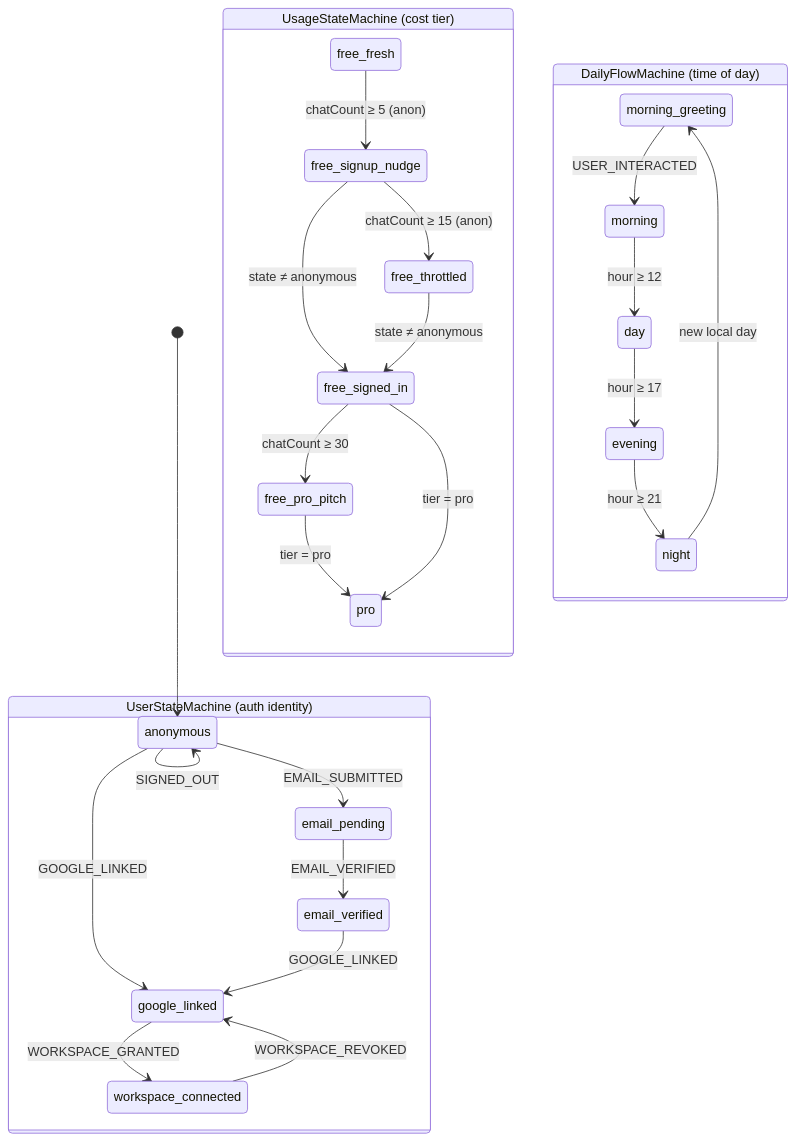
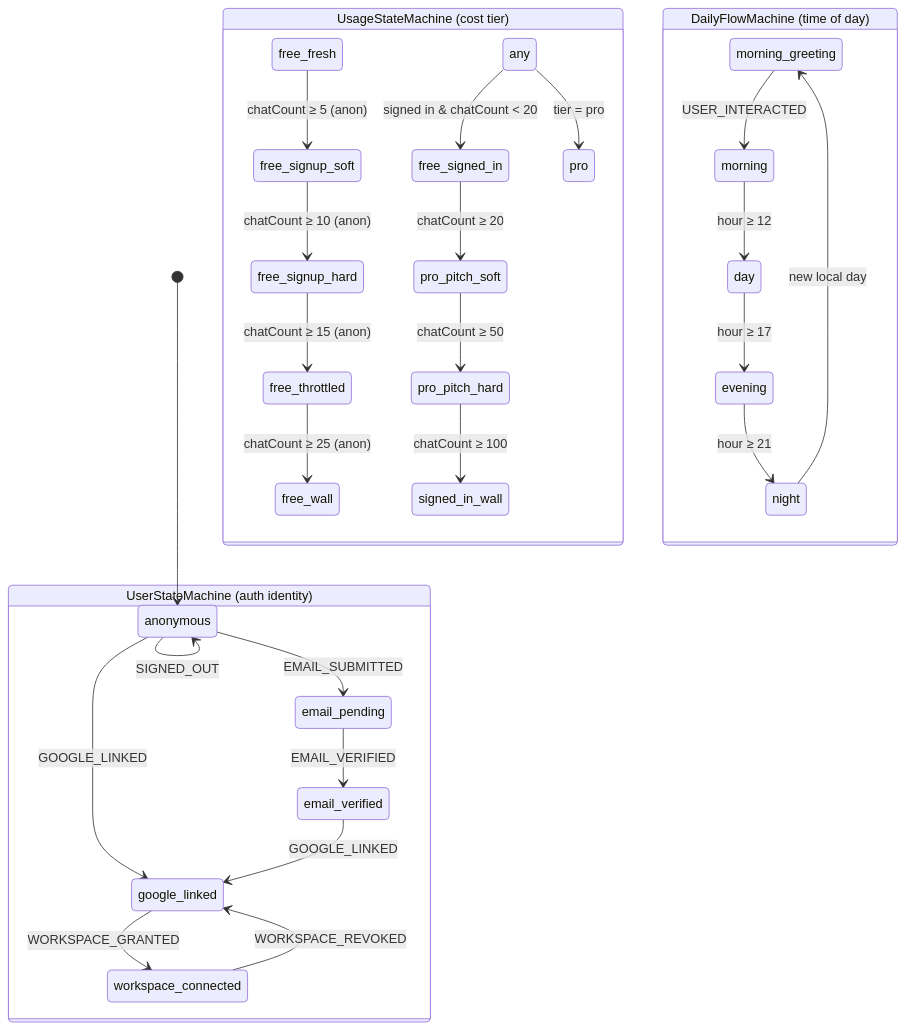
One commit to timini/lifecoach changed the third of 3 diagrams in ARCHITECTURE.md. Above: the diagram before and after it, drawn with Mermaid. The commit also changed other lines of this file, not shown here.

First line of the commit message:
docs: ARCHITECTURE sync for free-tier funnel walls (issue #64)

````diff
--- a/ARCHITECTURE.md
+++ b/ARCHITECTURE.md
@@ -180,32 +190,34 @@
 ```mermaid
 stateDiagram-v2
     [*] --> anonymous
 
     state "UserStateMachine (auth identity)" as Auth {
         anonymous --> email_pending: EMAIL_SUBMITTED
         email_pending --> email_verified: EMAIL_VERIFIED
         anonymous --> google_linked: GOOGLE_LINKED
         email_verified --> google_linked: GOOGLE_LINKED
         google_linked --> workspace_connected: WORKSPACE_GRANTED
         workspace_connected --> google_linked: WORKSPACE_REVOKED
         anonymous --> anonymous: SIGNED_OUT
     }
 
     state "UsageStateMachine (cost tier)" as Usage {
-        free_fresh --> free_signup_nudge: chatCount ≥ 5 (anon)
-        free_signup_nudge --> free_throttled: chatCount ≥ 15 (anon)
-        free_signup_nudge --> free_signed_in: state ≠ anonymous
-        free_throttled --> free_signed_in: state ≠ anonymous
-        free_signed_in --> free_pro_pitch: chatCount ≥ 30
-        free_pro_pitch --> pro: tier = pro
-        free_signed_in --> pro: tier = pro
+        free_fresh --> free_signup_soft: chatCount ≥ 5 (anon)
+        free_signup_soft --> free_signup_hard: chatCount ≥ 10 (anon)
+        free_signup_hard --> free_throttled: chatCount ≥ 15 (anon)
+        free_throttled --> free_wall: chatCount ≥ 25 (anon)
+        free_signed_in --> pro_pitch_soft: chatCount ≥ 20
+        pro_pitch_soft --> pro_pitch_hard: chatCount ≥ 50
+        pro_pitch_hard --> signed_in_wall: chatCount ≥ 100
+        any --> pro: tier = pro
+        any --> free_signed_in: signed in & chatCount < 20
     }
 
     state "DailyFlowMachine (time of day)" as Daily {
         morning_greeting --> morning: USER_INTERACTED
         morning --> day: hour ≥ 12
         day --> evening: hour ≥ 17
         evening --> night: hour ≥ 21
         night --> morning_greeting: new local day
     }
 ```
````
